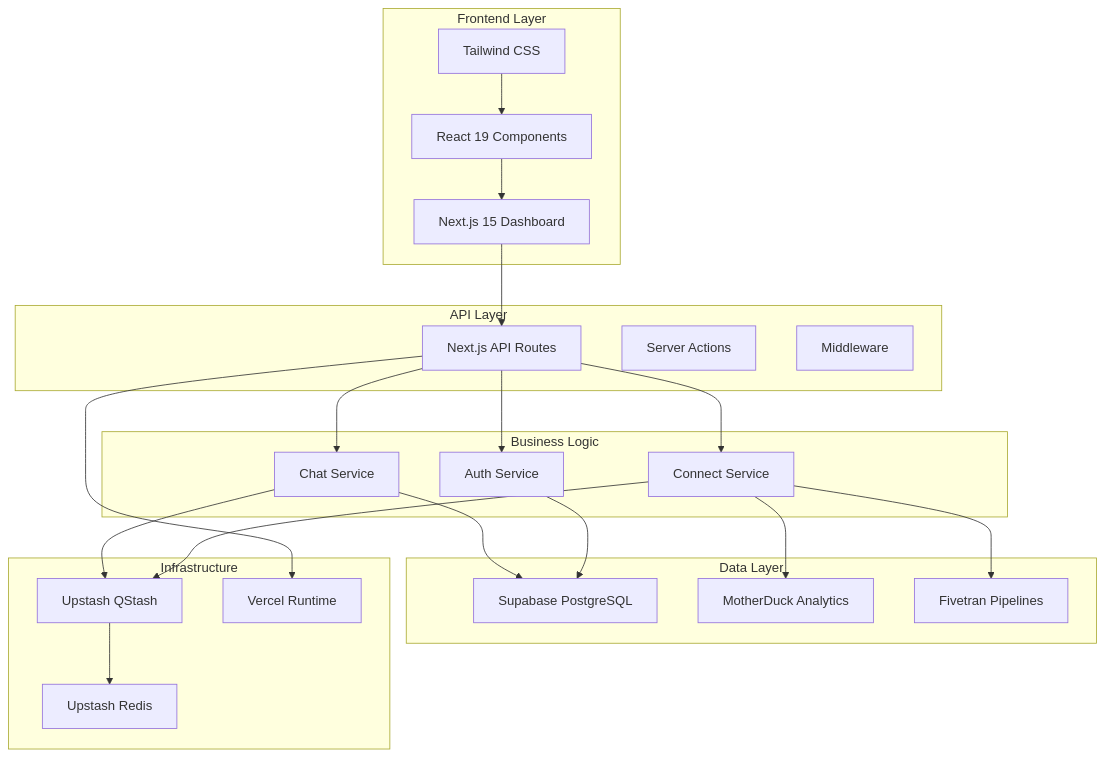
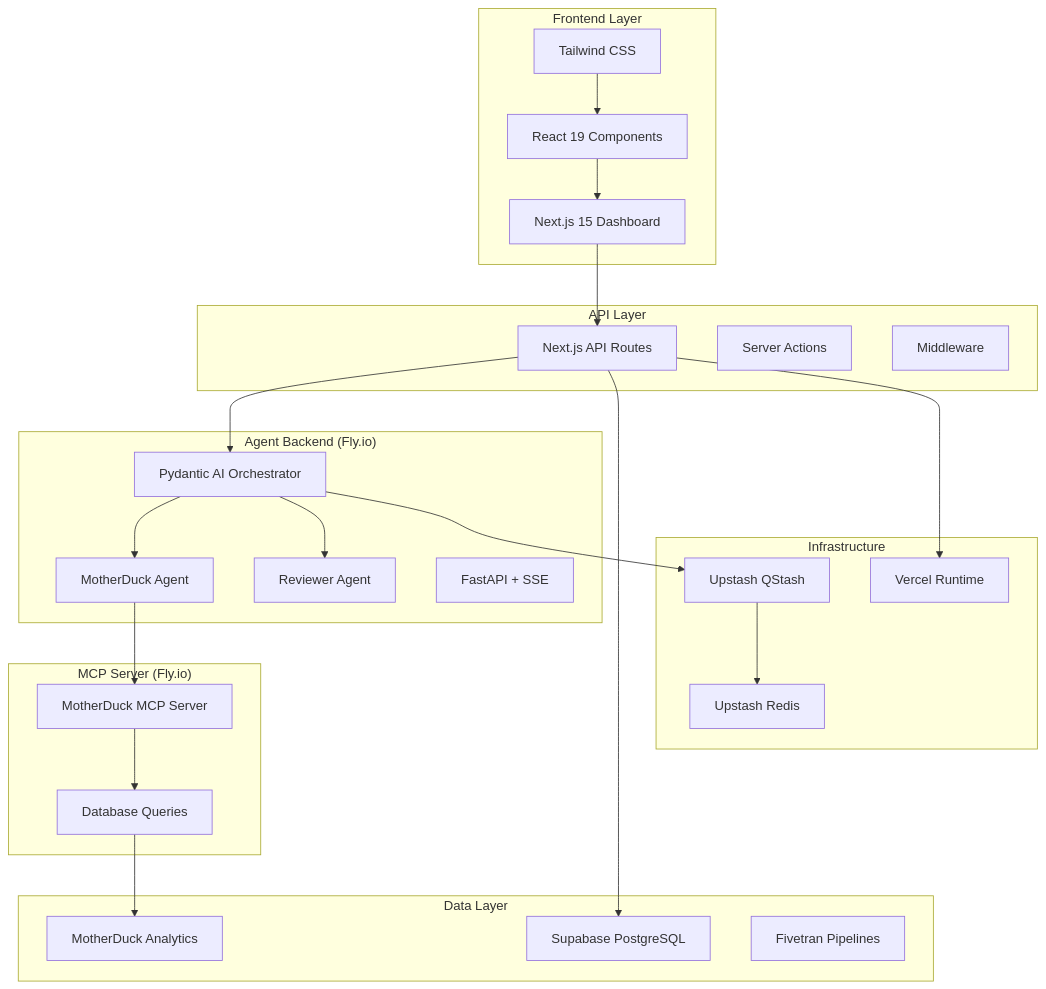
One commit to omardirar/hubble changed the diagram in README.md. Above: the diagram before and after it, drawn with Mermaid. The commit also changed other lines of this file and 206 other files, not shown here.

````diff
--- a/README.md
+++ b/README.md
@@ -55,47 +55,52 @@
 ```mermaid
 graph TB
   subgraph "Frontend Layer"
       A[Next.js 15 Dashboard]
       B[React 19 Components]
       C[Tailwind CSS]
   end
 
   subgraph "API Layer"
       D[Next.js API Routes]
       E[Server Actions]
       F[Middleware]
   end
 
-  subgraph "Business Logic"
-      G[Chat Service]
-      H[Connect Service]
-      I[Auth Service]
+  subgraph "Agent Backend (Fly.io)"
+      G[Pydantic AI Orchestrator]
+      H[MotherDuck Agent]
+      I[Reviewer Agent]
+      J[FastAPI + SSE]
+  end
+
+  subgraph "MCP Server (Fly.io)"
+      K[MotherDuck MCP Server]
+      L[Database Queries]
   end
 
   subgraph "Data Layer"
-      J[Supabase PostgreSQL]
-      K[MotherDuck Analytics]
-      L[Fivetran Pipelines]
+      M[Supabase PostgreSQL]
+      N[MotherDuck Analytics]
+      O[Fivetran Pipelines]
   end
 
   subgraph "Infrastructure"
-      M[Upstash QStash]
-      N[Upstash Redis]
-      O[Vercel Runtime]
+      P[Upstash QStash]
+      Q[Upstash Redis]
+      R[Vercel Runtime]
   end
 
   A --> D
   B --> A
   C --> B
   D --> G
-  D --> H
-  D --> I
-  G --> J
+  G --> H
+  G --> I
   H --> K
-  H --> L
-  I --> J
-  G --> M
-  H --> M
-  M --> N
-  D --> O
+  K --> L
+  L --> N
+  D --> M
+  G --> P
+  P --> Q
+  D --> R
 ```
````
